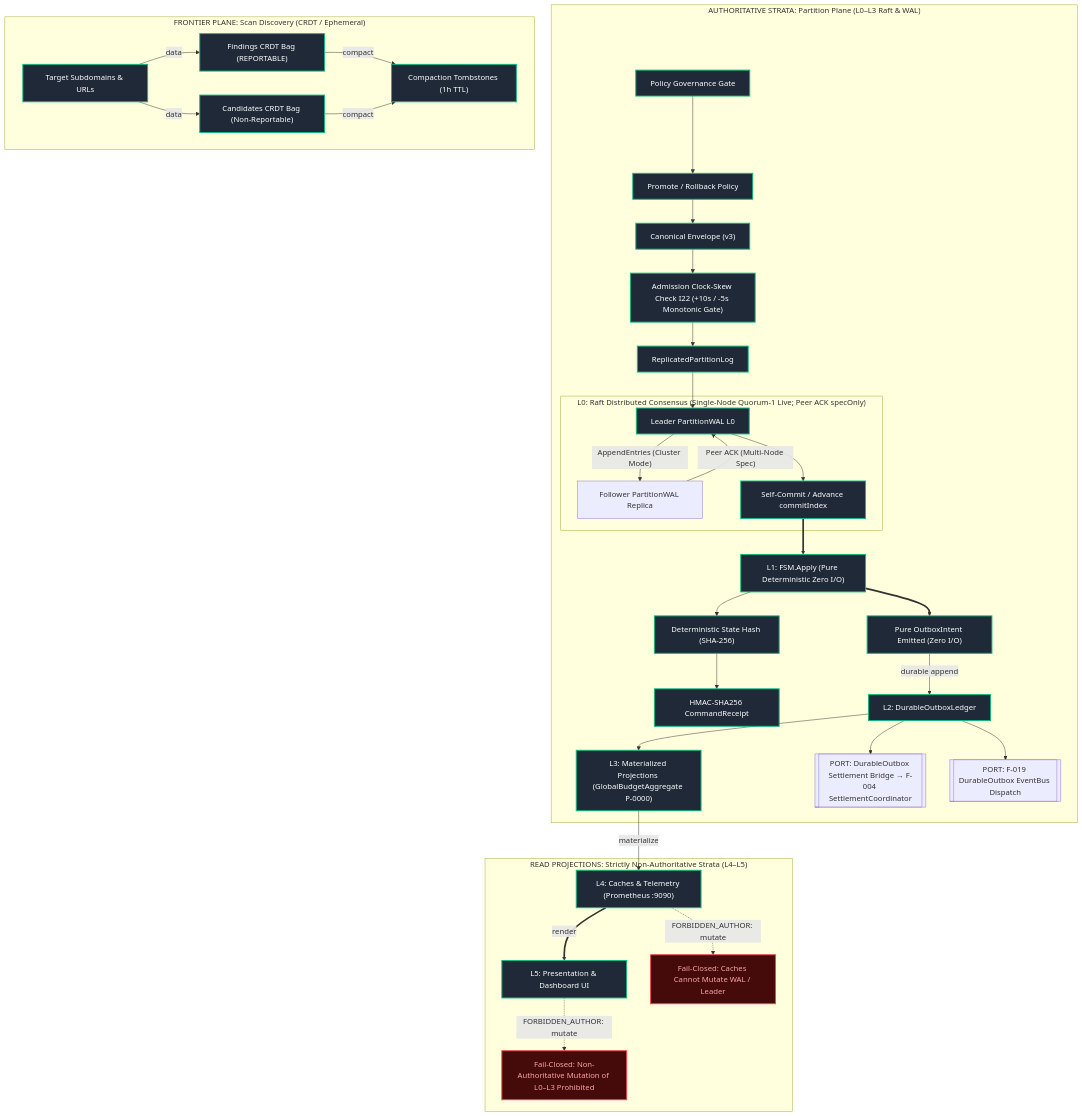
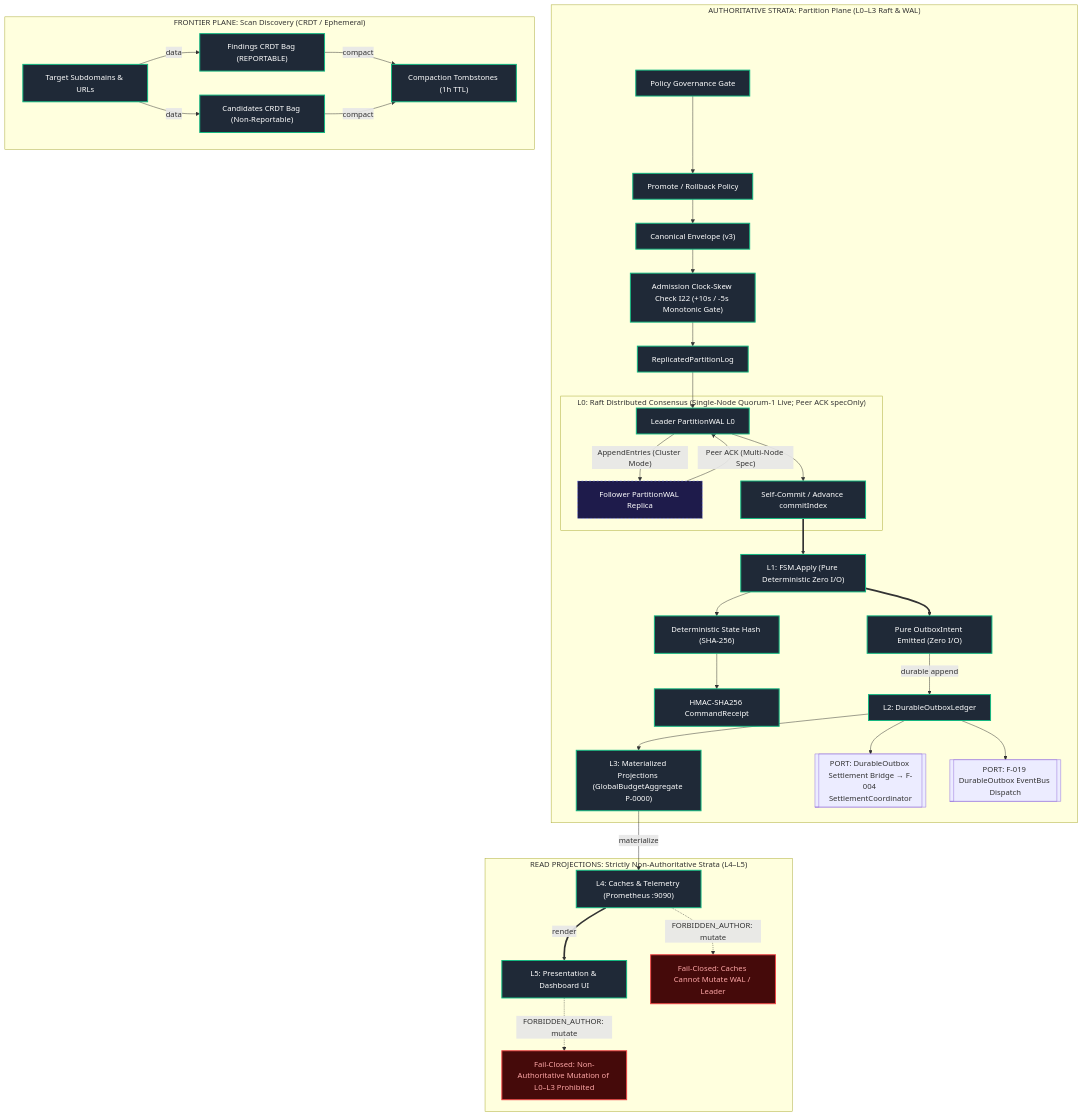
Before and after one commit to AviralGup7/Singularity-Zero: the fourth of 16 diagrams in docs/flowchart.md, drawn with Mermaid. The commit also changed other lines of this file, not shown here.

Commit message:
fix(flowchart): inject missing classDef specOnly in F-003 and refine SF fatal exit input

````diff
--- a/docs/flowchart.md
+++ b/docs/flowchart.md
@@ -228,50 +228,53 @@
 ```mermaid
 flowchart TD
     classDef impl fill:#1f2937,stroke:#10b981,stroke-width:2px,color:#fff;
+    classDef singleNode fill:#1e293b,stroke:#0ea5e9,stroke-width:1px,stroke-dasharray:3 3,color:#fff;
     classDef library fill:#334155,stroke:#64748b,stroke-width:1px,color:#fff;
+    classDef specOnly fill:#1e1b4b,stroke:#818cf8,stroke-width:1px,stroke-dasharray:4 4,color:#fff;
+    classDef vacuous fill:#27272a,stroke:#71717a,stroke-width:1px,color:#a1a1aa;
     classDef forbidden fill:#450a0a,stroke:#ef4444,stroke-width:2px,color:#fca5a5;
 
     subgraph AuthoritativeStrata["AUTHORITATIVE STRATA: Partition Plane (L0–L3 Raft & WAL)"]
         Tuner["Policy Governance Gate"]:::impl --> Promo["Promote / Rollback Policy"]:::impl
         Promo --> EnvelopeIn["Canonical Envelope (v3)"]:::impl
         EnvelopeIn --> Admit["Admission Clock-Skew Check I22 (+10s / -5s Monotonic Gate)"]:::impl
         Admit --> Log["ReplicatedPartitionLog"]:::impl
         
         subgraph L0_Consensus["L0: Raft Distributed Consensus (Single-Node Quorum-1 Live; Peer ACK specOnly)"]
             Leader["Leader PartitionWAL L0"]:::impl
             F1["Follower PartitionWAL Replica"]:::specOnly
             Leader -->|"AppendEntries (Cluster Mode)"| F1
             F1 -->|"Peer ACK (Multi-Node Spec)"| Leader
             Leader --> Commit["Self-Commit / Advance commitIndex"]:::impl
         end
         Log --> Leader
         Commit ==> Apply["L1: FSM.Apply (Pure Deterministic Zero I/O)"]:::impl
         Apply --> StateHash["Deterministic State Hash (SHA-256)"]:::impl
         StateHash --> Receipt["HMAC-SHA256 CommandReceipt"]:::impl
         Apply ==> Intent["Pure OutboxIntent Emitted (Zero I/O)"]:::impl
         Intent -->|durable append| Outbox["L2: DurableOutboxLedger"]:::impl
         Outbox --> Proj["L3: Materialized Projections (GlobalBudgetAggregate P-0000)"]:::impl
         
         Outbox --> PORT_CRDT_BRIDGE[["PORT: DurableOutbox Settlement Bridge → F-004 SettlementCoordinator"]]
         Outbox --> PORT_F019_BUS[["PORT: F-019 DurableOutbox EventBus Dispatch"]]
     end
     
     subgraph FrontierPlane["FRONTIER PLANE: Scan Discovery (CRDT / Ephemeral)"]
         F_Targets["Target Subdomains & URLs"]:::impl
         F_Findings["Findings CRDT Bag (REPORTABLE)"]:::impl
         F_Candidates["Candidates CRDT Bag (Non-Reportable)"]:::impl
         F_Tombstones["Compaction Tombstones (1h TTL)"]:::impl
         F_Targets -->|data| F_Findings
         F_Targets -->|data| F_Candidates
         F_Findings -->|compact| F_Tombstones
         F_Candidates -->|compact| F_Tombstones
     end
     
     subgraph ReadProjections["READ PROJECTIONS: Strictly Non-Authoritative Strata (L4–L5)"]
         Proj -->|materialize| Cache["L4: Caches & Telemetry (Prometheus :9090)"]:::impl
         Cache ==>|render| UI["L5: Presentation & Dashboard UI"]:::impl
         
         UI -.->|"FORBIDDEN_AUTHOR: mutate"| ForbidL0["Fail-Closed: Non-Authoritative Mutation of L0–L3 Prohibited"]:::forbidden
         Cache -.->|"FORBIDDEN_AUTHOR: mutate"| ForbidWAL["Fail-Closed: Caches Cannot Mutate WAL / Leader"]:::forbidden
     end
 ```
````
